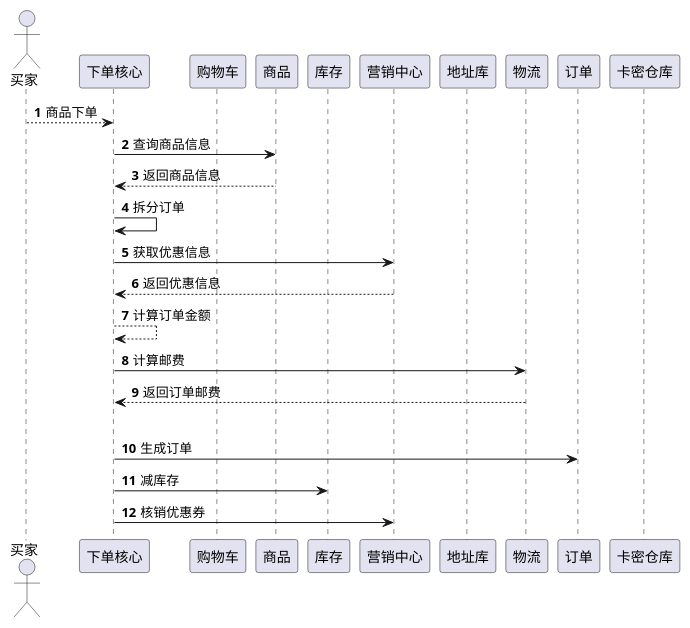
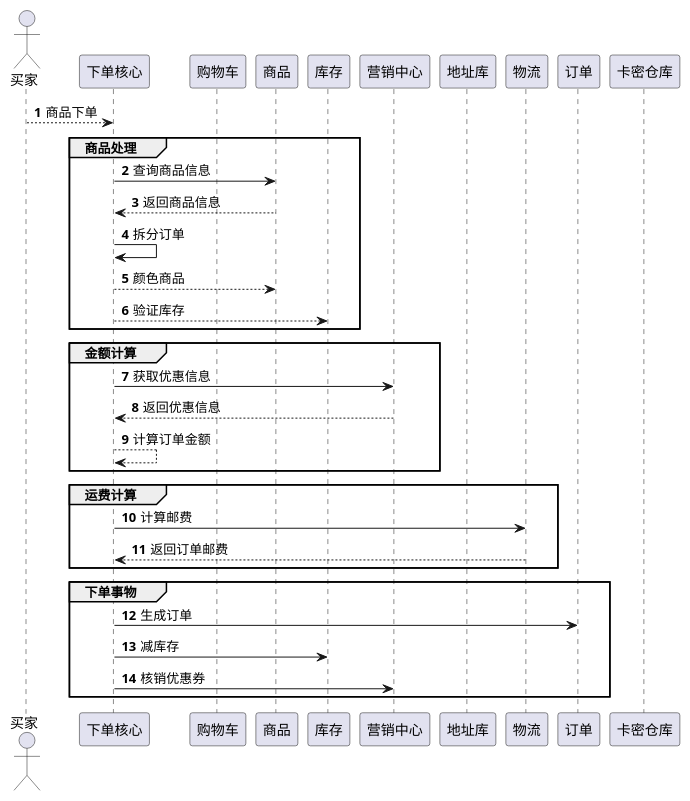
One commit to red-jasmine/docs changed the diagram in docs/shopping/核心流程.puml. Above: the diagram before and after it, drawn with PlantUML.

Commit message:
docs: 下单核心流程

```diff
--- a/docs/shopping/核心流程.puml
+++ b/docs/shopping/核心流程.puml
@@ -1,67 +1,85 @@
 @startuml
 'https://plantuml.com/sequence-diagram
 
 autonumber
 
 actor 买家
 
 participant 下单核心
 
 participant 购物车
 
 participant 商品
 
 participant 库存
 
 participant 营销中心
 
 participant 地址库
 
 participant 物流
 
 participant 订单
 
 participant 卡密仓库
 
 
+
+
+
+
+
+
 买家 --> 下单核心: 商品下单
 
+group 商品处理
 下单核心 -> 商品: 查询商品信息
+商品 --> 下单核心: 返回商品信息
+下单核心 -> 下单核心: 拆分订单
 
-商品 --> 下单核心: 返回商品信息
+下单核心 --> 商品: 颜色商品
+下单核心 --> 库存: 验证库存
 
-下单核心 -> 下单核心: 拆分订单
+end
+
+
+group 金额计算
+
+
+
 
 下单核心 -> 营销中心: 获取优惠信息
 
 营销中心 --> 下单核心: 返回优惠信息
 
 下单核心 --> 下单核心: 计算订单金额
+end
+
+group 运费计算
 
 下单核心 -> 物流 : 计算邮费
 
 物流 --> 下单核心: 返回订单邮费
+end
 
 
 
-|||
-
-
+group 下单事物
 下单核心-> 订单: 生成订单
 
 下单核心-> 库存: 减库存
 
 下单核心-> 营销中心: 核销优惠券
-
+end
 
 
 
 
 
 
 
 
 
 
 
 @enduml
```
